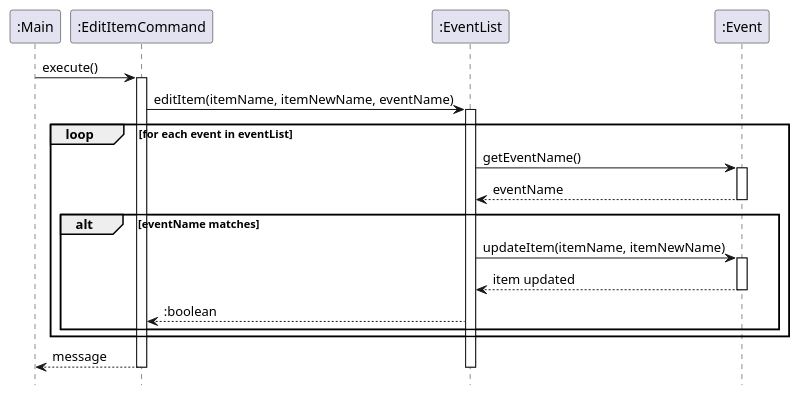
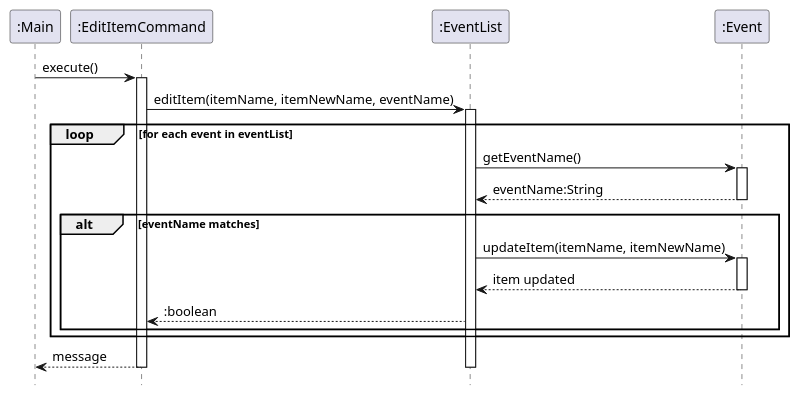
One commit to nus-cs2113-AY2425S1/tp changed the first of 2 diagrams in docs/diagrams/EditItemCommandSequenceDiagram.puml. Above: the diagram before and after it, drawn with PlantUML. The commit also changed 31 other files, not shown here.

Commit message:
Fix UG and diagram bugs

```diff
--- a/docs/diagrams/EditItemCommandSequenceDiagram.puml
+++ b/docs/diagrams/EditItemCommandSequenceDiagram.puml
@@ -1,36 +1,36 @@
 @startuml
 hide footbox
 
 participant ":Main" as main
 participant ":EditItemCommand" as editCommand
 participant ":EventList" as eventList
 participant ":Event" as event
 
 main -> editCommand : execute()
 activate editCommand
 
 editCommand -> eventList : editItem(itemName, itemNewName, eventName)
 activate eventList
 
 loop for each event in eventList
     eventList -> event : getEventName()
     activate event
-    event --> eventList : eventName
+    event --> eventList : eventName:String
     deactivate event
 
     alt eventName matches
         eventList -> event : updateItem(itemName, itemNewName)
         activate event
         event --> eventList : item updated
         deactivate event
         eventList --> editCommand : :boolean
 
     end
 
 end
 
 
 editCommand --> main : message
 deactivate eventList
 deactivate editCommand
 @enduml
```
